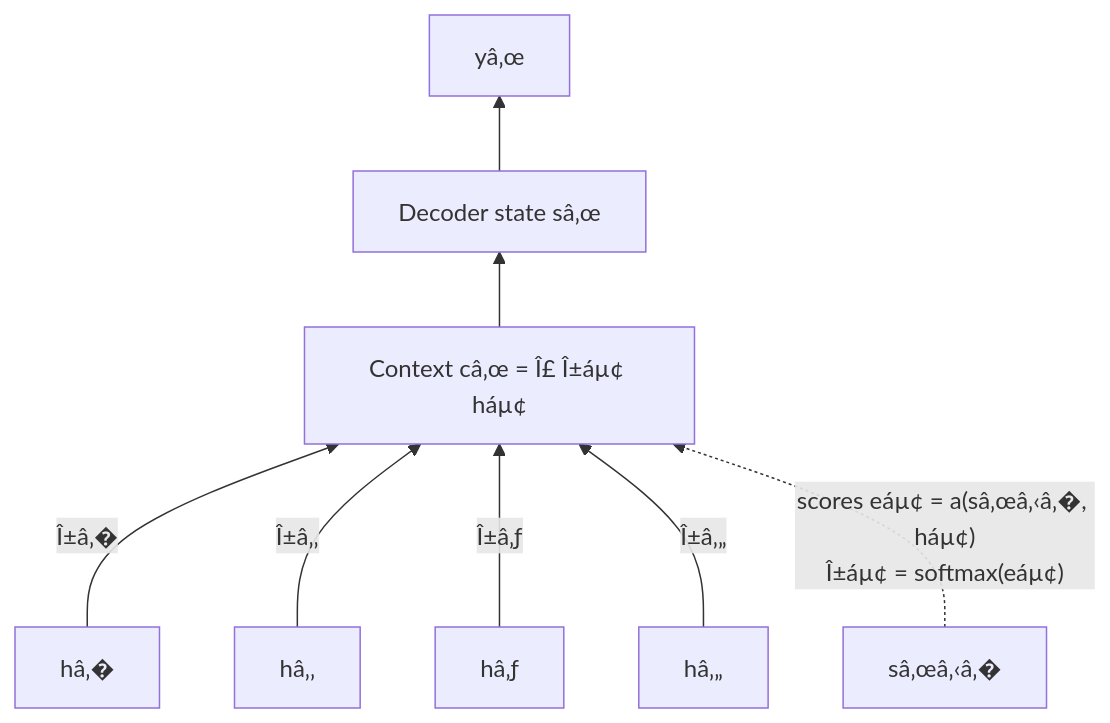
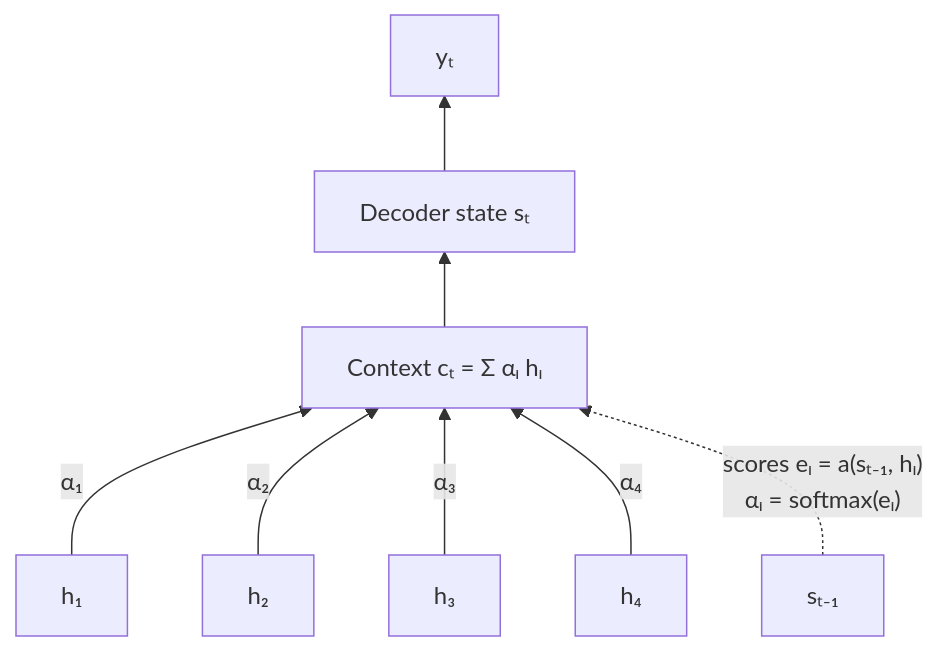
Diagram 11 of 15 in README.md (cyourth/neural-network-lineage), drawn with Mermaid before and after one commit. The commit also changed other lines of this file, not shown here.

````diff
--- a/README.md
+++ b/README.md
@@ -485,10 +485,10 @@
 ```mermaid
 flowchart BT
-    h1["hâ‚�"] -->|"Î±â‚�"| CTX
-    h2["hâ‚‚"] -->|"Î±â‚‚"| CTX
-    h3["hâ‚ƒ"] -->|"Î±â‚ƒ"| CTX
-    h4["hâ‚„"] -->|"Î±â‚„"| CTX
-    CTX["Context câ‚œ = Î£ Î±áµ¢ háµ¢"] --> S["Decoder state sâ‚œ"]
-    Sprev["sâ‚œâ‚‹â‚�"] -.->|"scores eáµ¢ = a(sâ‚œâ‚‹â‚�, háµ¢)<br/>Î±áµ¢ = softmax(eáµ¢)"| CTX
-    S --> Y["yâ‚œ"]
+    h1["h₁"] -->|"α₁"| CTX
+    h2["h₂"] -->|"α₂"| CTX
+    h3["h₃"] -->|"α₃"| CTX
+    h4["h₄"] -->|"α₄"| CTX
+    CTX["Context cₜ = Σ αᵢ hᵢ"] --> S["Decoder state sₜ"]
+    Sprev["sₜ₋₁"] -.->|"scores eᵢ = a(sₜ₋₁, hᵢ)<br/>αᵢ = softmax(eᵢ)"| CTX
+    S --> Y["yₜ"]
 ```
````
